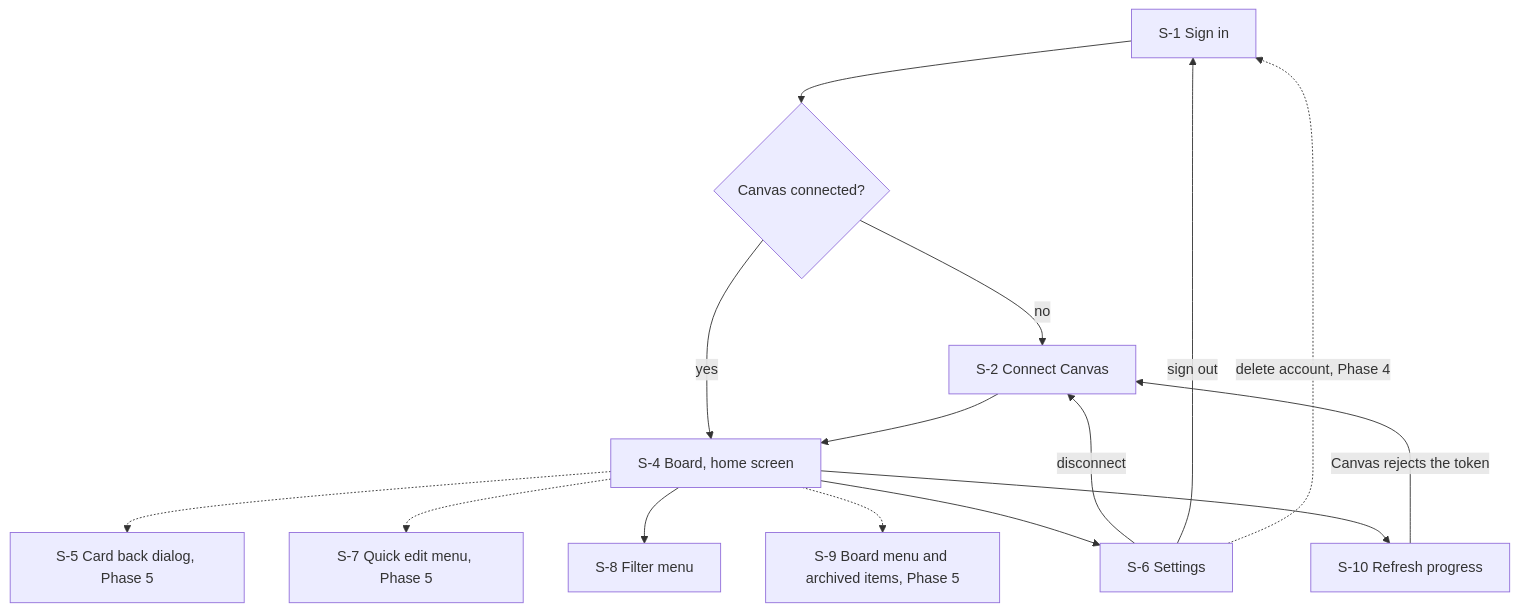
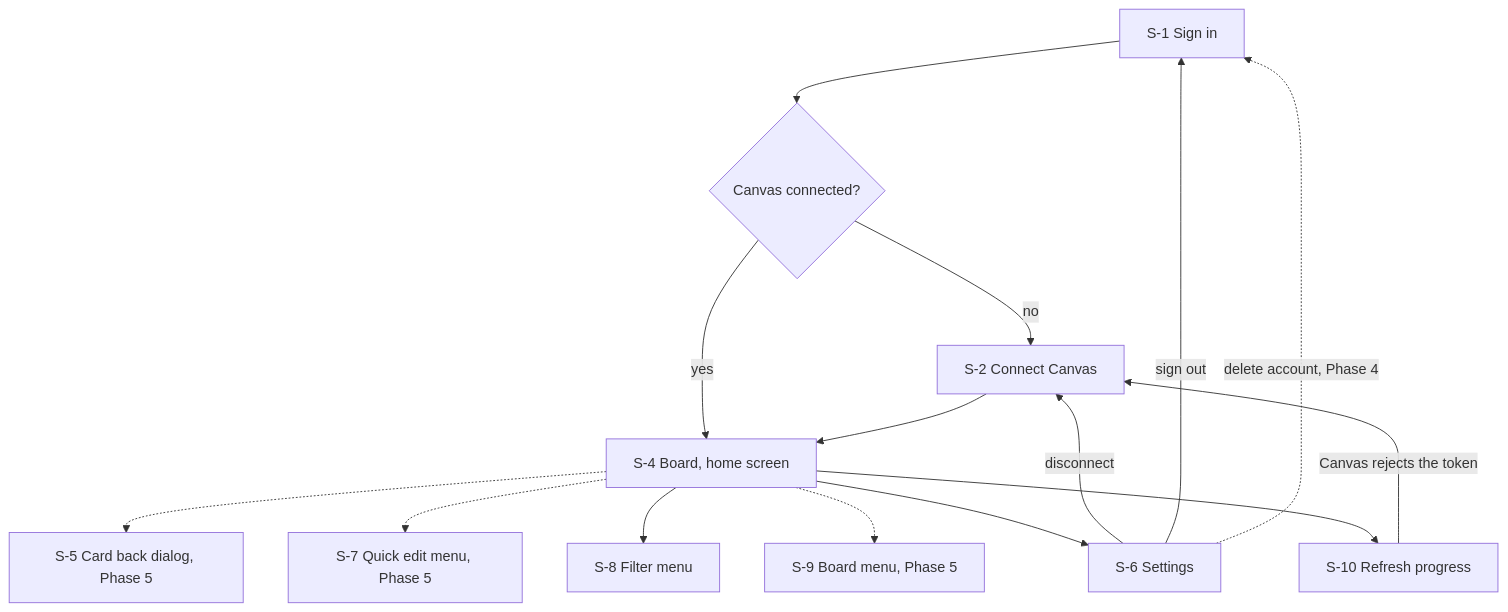
The first of 9 diagrams in docs/canvas-portal/04-ui-specification.md (bbranton/TestProj), drawn with Mermaid before and after one commit. The commit also changed other lines of this file, not shown here.

First line of the commit message:
UI spec: the board menu lists no cards; archived items use a filter

````diff
--- a/docs/canvas-portal/04-ui-specification.md
+++ b/docs/canvas-portal/04-ui-specification.md
@@ -38,17 +38,17 @@
 ```mermaid
 flowchart TD
     S1[S-1 Sign in] --> Q{Canvas connected?}
     Q -- no --> S2[S-2 Connect Canvas]
     Q -- yes --> S4[S-4 Board, home screen]
     S2 --> S4
     S4 -.-> S5[S-5 Card back dialog, Phase 5]
     S4 -.-> S7[S-7 Quick edit menu, Phase 5]
     S4 --> S8[S-8 Filter menu]
-    S4 -.-> S9[S-9 Board menu and archived items, Phase 5]
+    S4 -.-> S9[S-9 Board menu, Phase 5]
     S4 --> S6[S-6 Settings]
     S4 --> S10[S-10 Refresh progress]
     S10 -- Canvas rejects the token --> S2
     S6 -- disconnect --> S2
     S6 -- sign out --> S1
     S6 -. delete account, Phase 4 .-> S1
 ```
````
